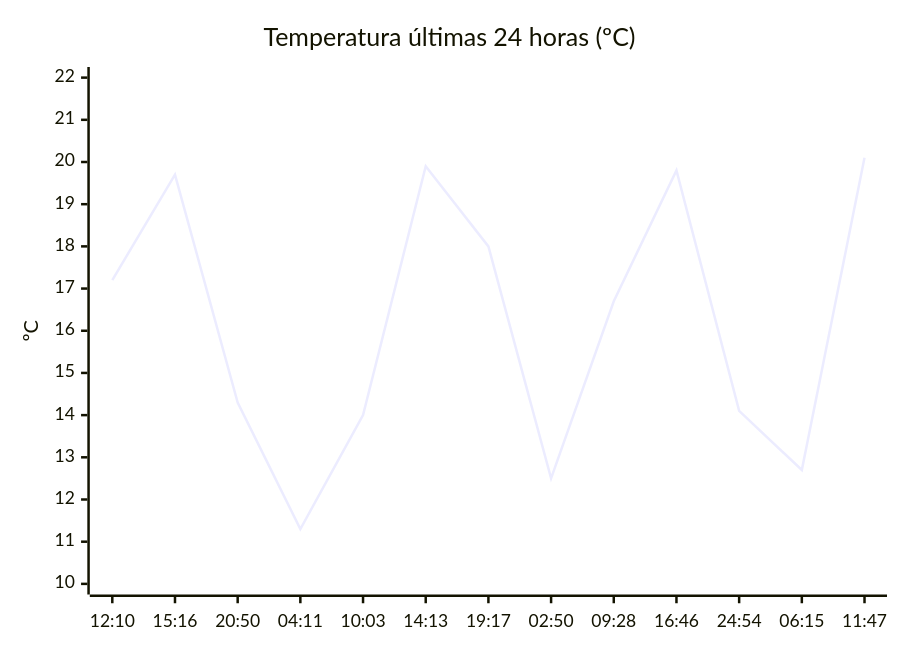
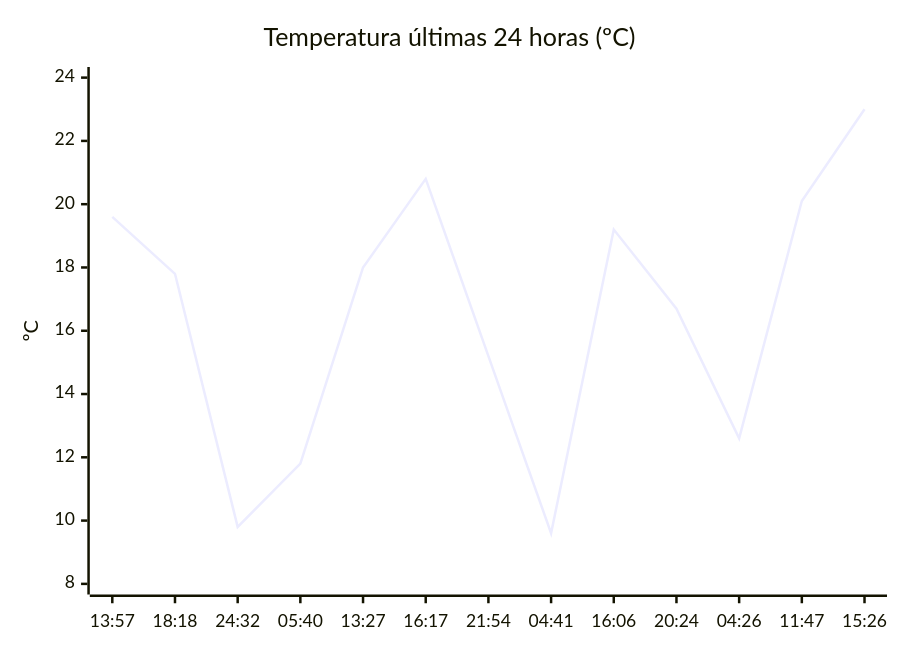
One commit to solidsnk86/rem-scrap changed the diagram in README.md. Above: the diagram before and after it, drawn with Mermaid. The commit also changed other lines of this file, not shown here.

````diff
--- a/README.md
+++ b/README.md
@@ -32,7 +28,7 @@
 ```mermaid
 xychart-beta
     title "Temperatura últimas 24 horas (ºC)"
-    x-axis ["12:10", "15:16", "20:50", "04:11", "10:03", "14:13", "19:17", "02:50", "09:28", "16:46", "24:54", "06:15", "11:47"]
-    y-axis "ºC" 10 --> 22
-    line [17.2, 19.7, 14.3, 11.3, 14, 19.9, 18, 12.5, 16.7, 19.8, 14.1, 12.7, 20.1]
+    x-axis ["13:57", "18:18", "24:32", "05:40", "13:27", "16:17", "21:54", "04:41", "16:06", "20:24", "04:26", "11:47", "15:26"]
+    y-axis "ºC" 8 --> 24
+    line [19.6, 17.8, 9.8, 11.8, 18, 20.8, 15.2, 9.6, 19.2, 16.7, 12.6, 20.1, 23]
 ```
````
